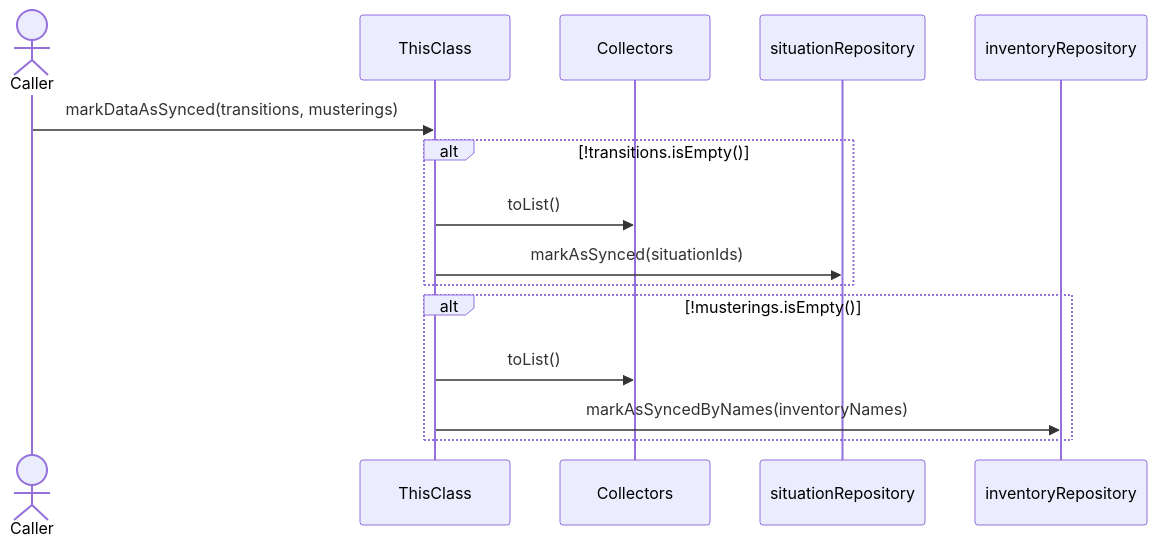
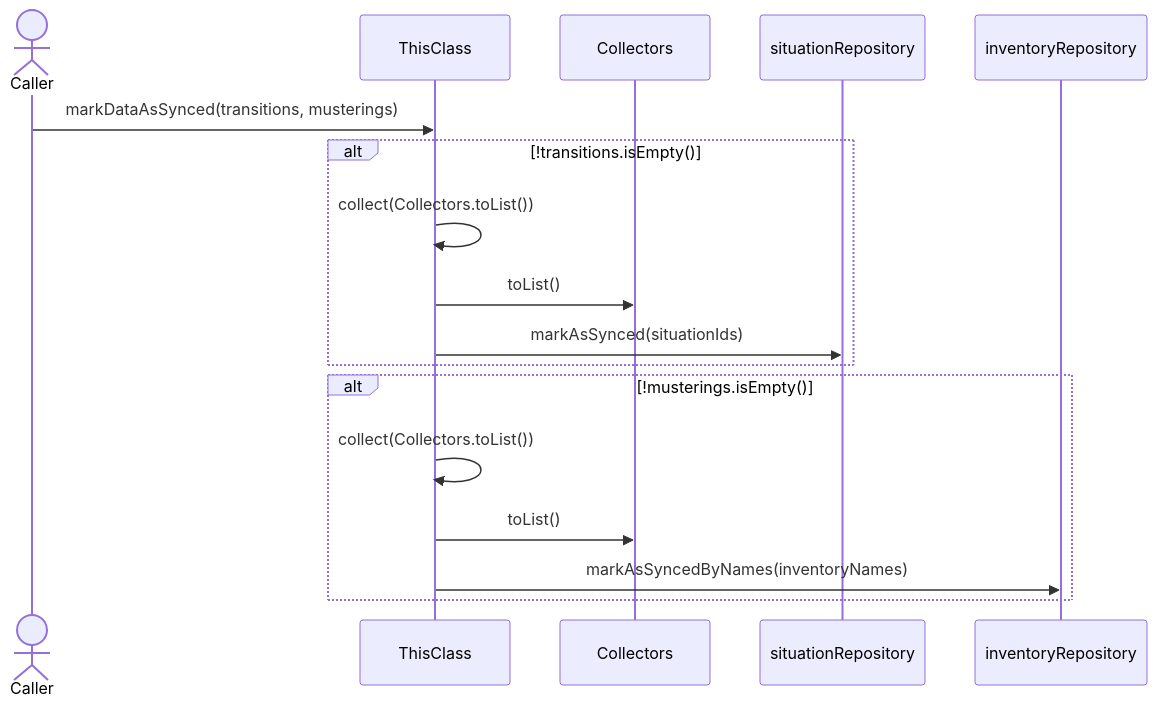
Before and after one commit to FelipeMCassiano/geanky: diagram 16 of 16 in docs/CloudSyncUploadService.md, drawn with Mermaid. The commit also changed other lines of this file and 7 other files, not shown here.

````diff
--- a/docs/CloudSyncUploadService.md
+++ b/docs/CloudSyncUploadService.md
@@ -1077,19 +1099,21 @@
 ```mermaid
 sequenceDiagram
     actor Caller
     participant ThisClass
+    participant Collectors
+    participant situationRepository
+    participant inventoryRepository
 
     Caller->>ThisClass: markDataAsSynced(transitions, musterings)
     alt !transitions.isEmpty()
-    participant Collectors
+    ThisClass->>ThisClass: collect(Collectors.toList())
     ThisClass->>Collectors: toList()
-    participant situationRepository
     ThisClass->>situationRepository: markAsSynced(situationIds)
     end
     alt !musterings.isEmpty()
+    ThisClass->>ThisClass: collect(Collectors.toList())
     ThisClass->>Collectors: toList()
-    participant inventoryRepository
     ThisClass->>inventoryRepository: markAsSyncedByNames(inventoryNames)
     end
 
 ```
````
